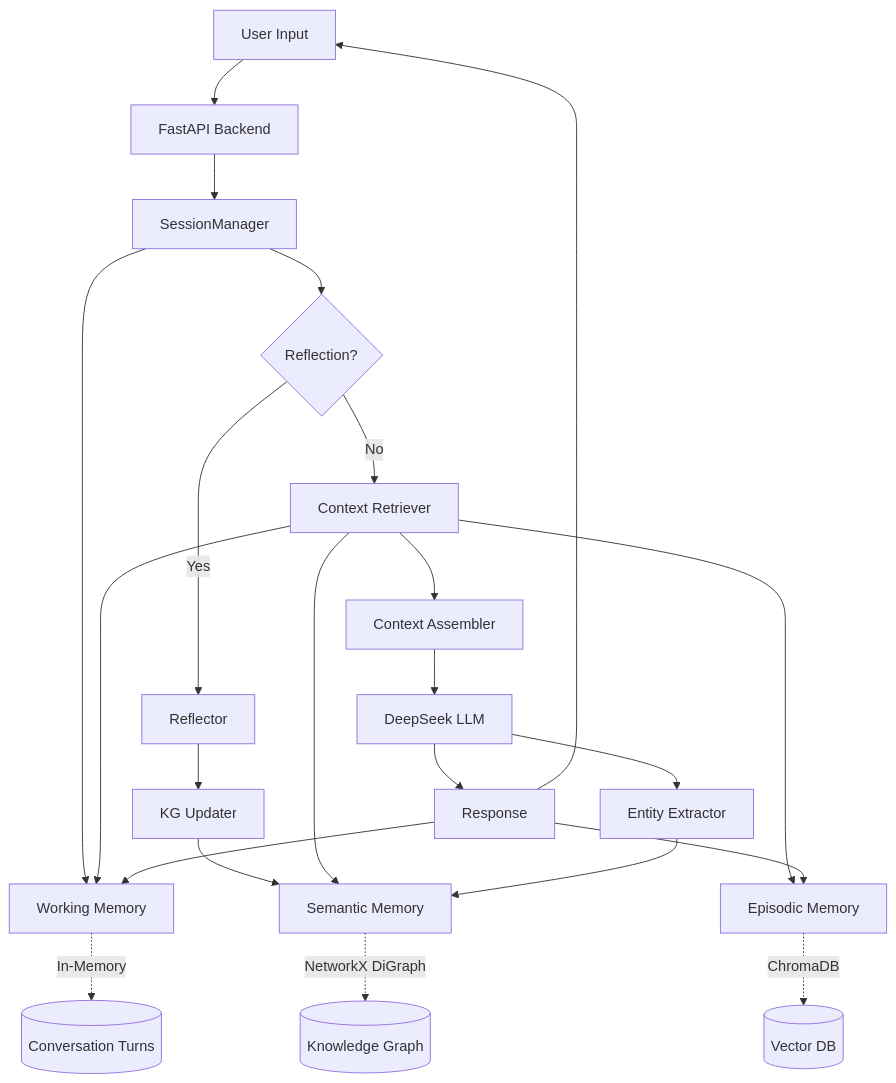
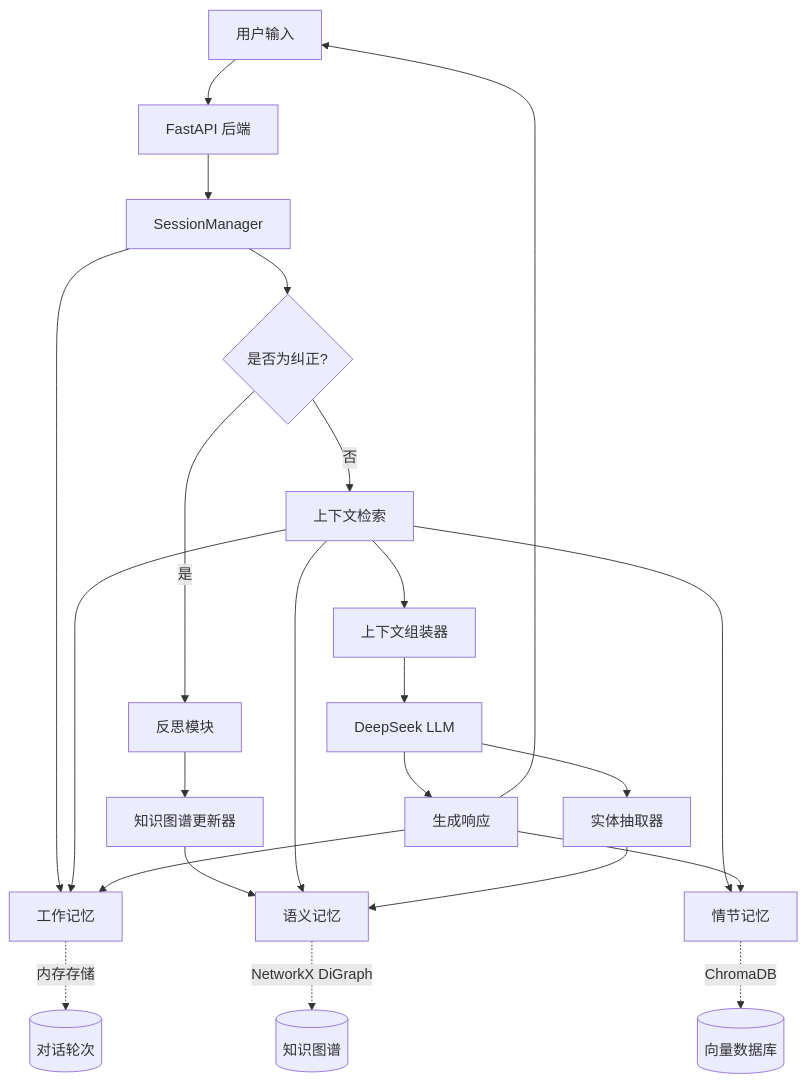
One commit to shijezhang/memoAgent changed the diagram in README.md. Above: the diagram before and after it, drawn with Mermaid. The commit also changed other lines of this file, not shown here.

````diff
--- a/README.md
+++ b/README.md
@@ -45,26 +45,26 @@
 ```mermaid
 graph TB
-    User[User Input] --> API[FastAPI Backend]
+    User[用户输入] --> API[FastAPI 后端]
     API --> SM[SessionManager]
-    SM --> WM[Working Memory]
-    SM --> ReflectionDetector{Reflection?}
-    ReflectionDetector -->|Yes| Reflector[Reflector]
-    Reflector --> KGUpdater[KG Updater]
-    KGUpdater --> SeM[Semantic Memory]
-    ReflectionDetector -->|No| Retriever[Context Retriever]
+    SM --> WM[工作记忆]
+    SM --> ReflectionDetector{是否为纠正?}
+    ReflectionDetector -->|是| Reflector[反思模块]
+    Reflector --> KGUpdater[知识图谱更新器]
+    KGUpdater --> SeM[语义记忆]
+    ReflectionDetector -->|否| Retriever[上下文检索]
     Retriever --> SeM
-    Retriever --> EM[Episodic Memory]
+    Retriever --> EM[情节记忆]
     Retriever --> WM
-    Retriever --> ContextAssembler[Context Assembler]
+    Retriever --> ContextAssembler[上下文组装器]
     ContextAssembler --> LLM[DeepSeek LLM]
-    LLM --> EntityExtractor[Entity Extractor]
+    LLM --> EntityExtractor[实体抽取器]
     EntityExtractor --> SeM
-    LLM --> Response[Response]
+    LLM --> Response[生成响应]
     Response --> EM
     Response --> WM
     Response --> User
 
-    SeM -.->|NetworkX DiGraph| KG[(Knowledge Graph)]
-    EM -.->|ChromaDB| VDB[(Vector DB)]
-    WM -.->|In-Memory| Turns[(Conversation Turns)]
+    SeM -.->|NetworkX DiGraph| KG[(知识图谱)]
+    EM -.->|ChromaDB| VDB[(向量数据库)]
+    WM -.->|内存存储| Turns[(对话轮次)]
 ```
````
